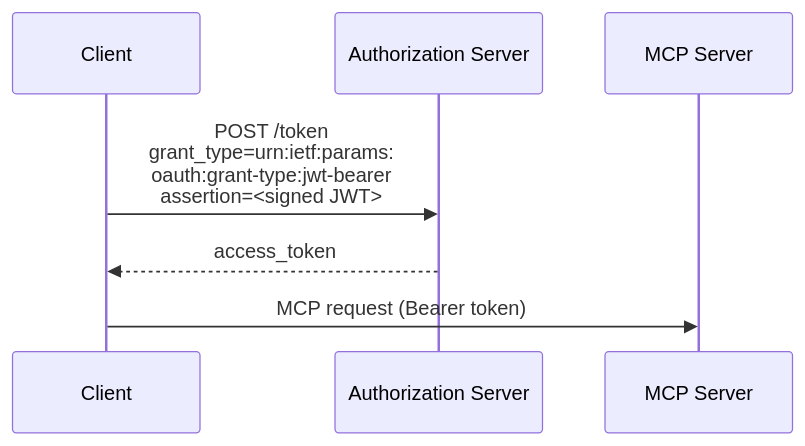
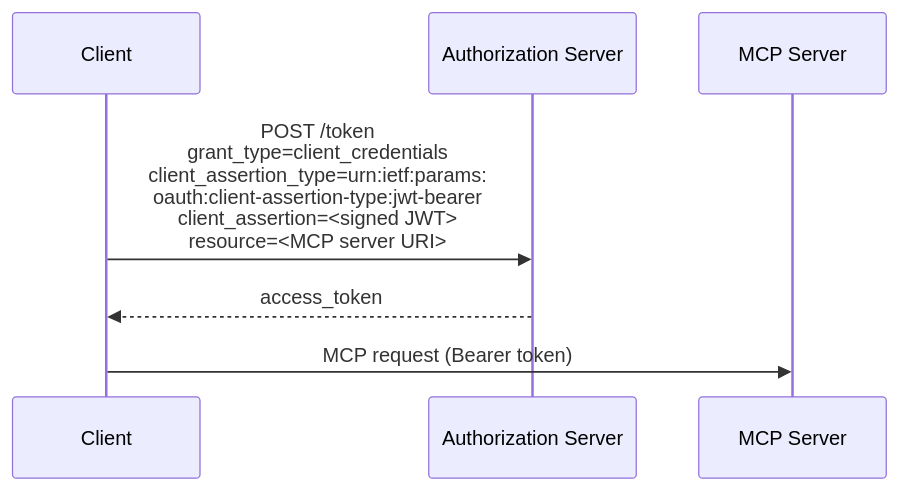
The first of 2 diagrams in docs/extensions/auth/oauth-client-credentials.mdx (modelcontextprotocol/modelcontextprotocol), drawn with Mermaid before and after one commit. The commit also changed other lines of this file and 1 other file, not shown here.

Commit message:
docs: correct token requests on the auth extension pages
Client credentials uses client_assertion with the client_credentials grant,
and the ID-JAG comes from a token exchange at the IdP token endpoint.

````diff
--- a/docs/extensions/auth/oauth-client-credentials.mdx
+++ b/docs/extensions/auth/oauth-client-credentials.mdx
@@ -41,10 +41,10 @@
 ```mermaid
 sequenceDiagram
     participant Client
     participant AS as Authorization Server
     participant MCP as MCP Server
 
-    Client->>AS: POST /token<br/>grant_type=urn:ietf:params:<br/>oauth:grant-type:jwt-bearer<br/>assertion=<signed JWT>
+    Client->>AS: POST /token<br/>grant_type=client_credentials<br/>client_assertion_type=urn:ietf:params:<br/>oauth:client-assertion-type:jwt-bearer<br/>client_assertion=<signed JWT><br/>resource=<MCP server URI>
     AS-->>Client: access_token
     Client->>MCP: MCP request (Bearer token)
 ```
````
